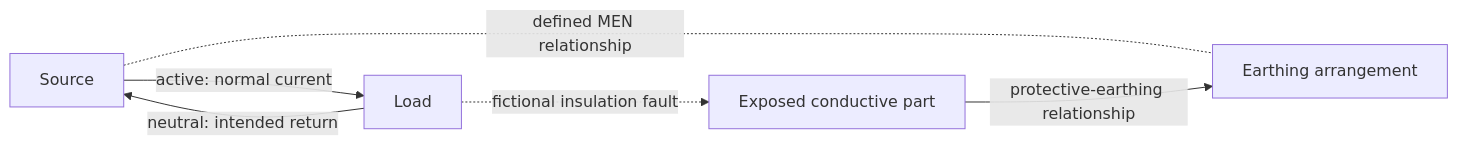
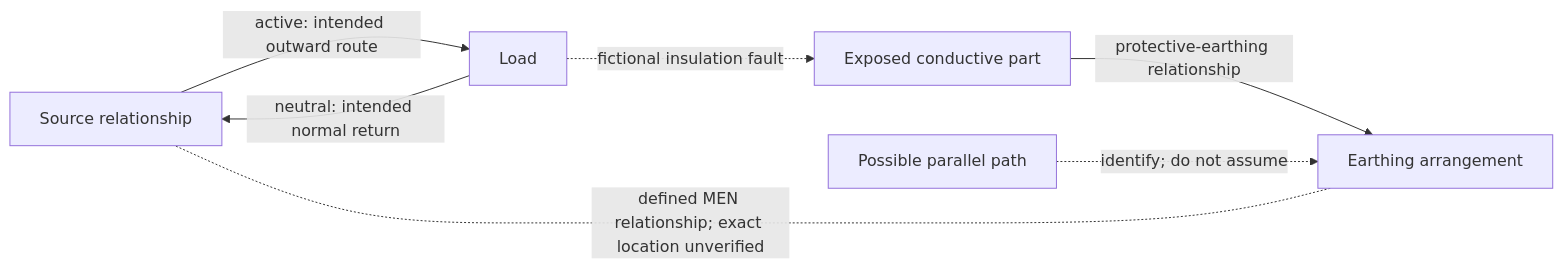
The second of 2 diagrams in docs/learning-plans/12-week/modules/day-18-men-arrangement-and-normal-current-versus-fault-current-paths.md (andrew3stedall/capstone), drawn with Mermaid before and after one commit. The commit also changed other lines of this file, not shown here.

Commit message:
Improve Day 18 MEN path reasoning

````diff
--- a/docs/learning-plans/12-week/modules/day-18-men-arrangement-and-normal-current-versus-fault-current-paths.md
+++ b/docs/learning-plans/12-week/modules/day-18-men-arrangement-and-normal-current-versus-fault-current-paths.md
@@ -125,8 +125,9 @@
 ```mermaid
 flowchart LR
-    S["Source"] -->|"active: normal current"| L["Load"]
-    L -->|"neutral: intended return"| S
-    S -. "defined MEN relationship" .- M["Earthing arrangement"]
-    X["Exposed conductive part"] -->|"protective-earthing relationship"| M
-    L -. "fictional insulation fault" .-> X
+    S["Source relationship"] -->|"active: intended outward route"| L["Load"]
+    L -->|"neutral: intended normal return"| S
+    L -. "fictional insulation fault" .-> X["Exposed conductive part"]
+    X -->|"protective-earthing relationship"| E["Earthing arrangement"]
+    E -. "defined MEN relationship; exact location unverified" .- S
+    P["Possible parallel path"] -. "identify; do not assume" .-> E
 ```
````
